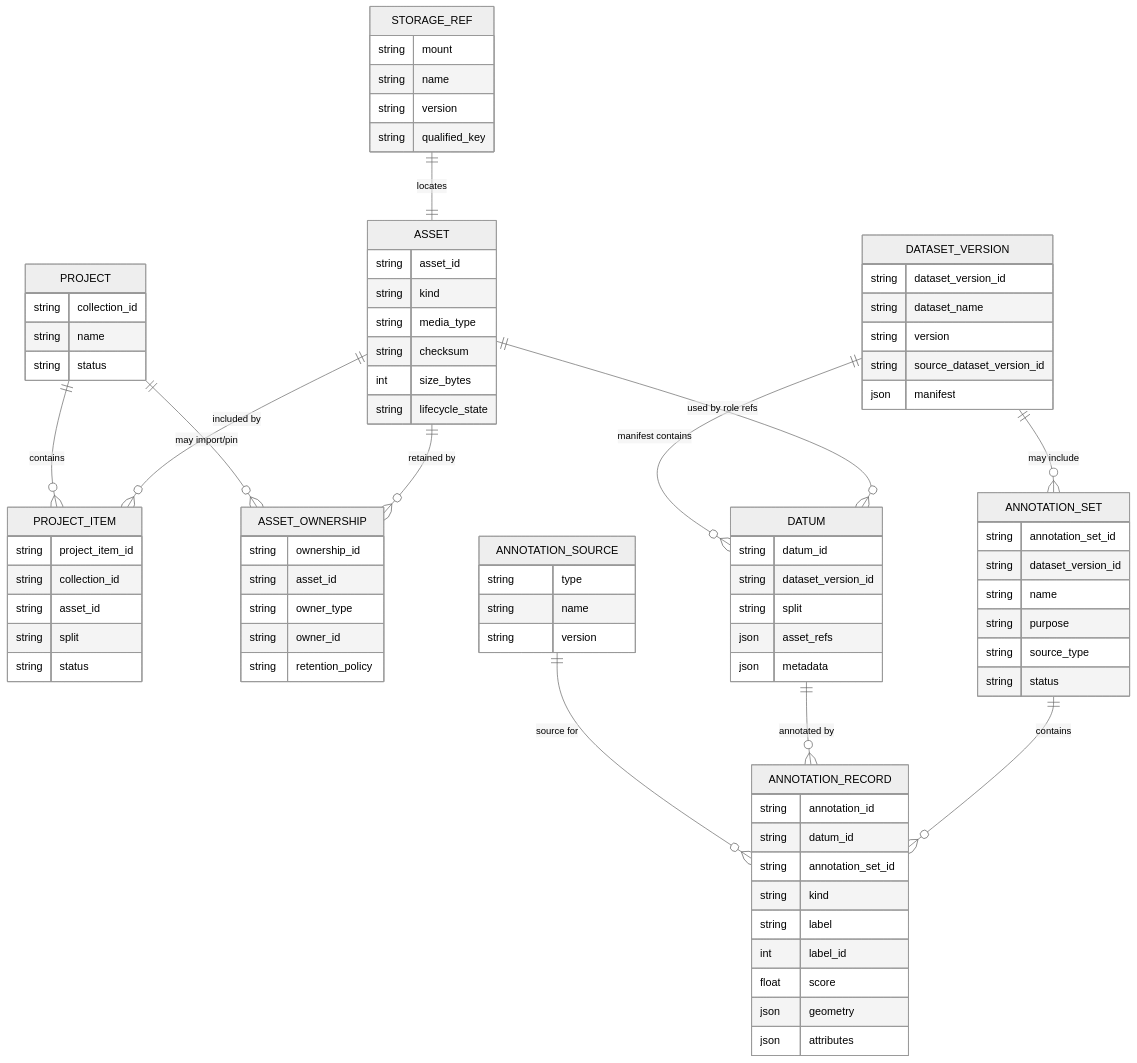
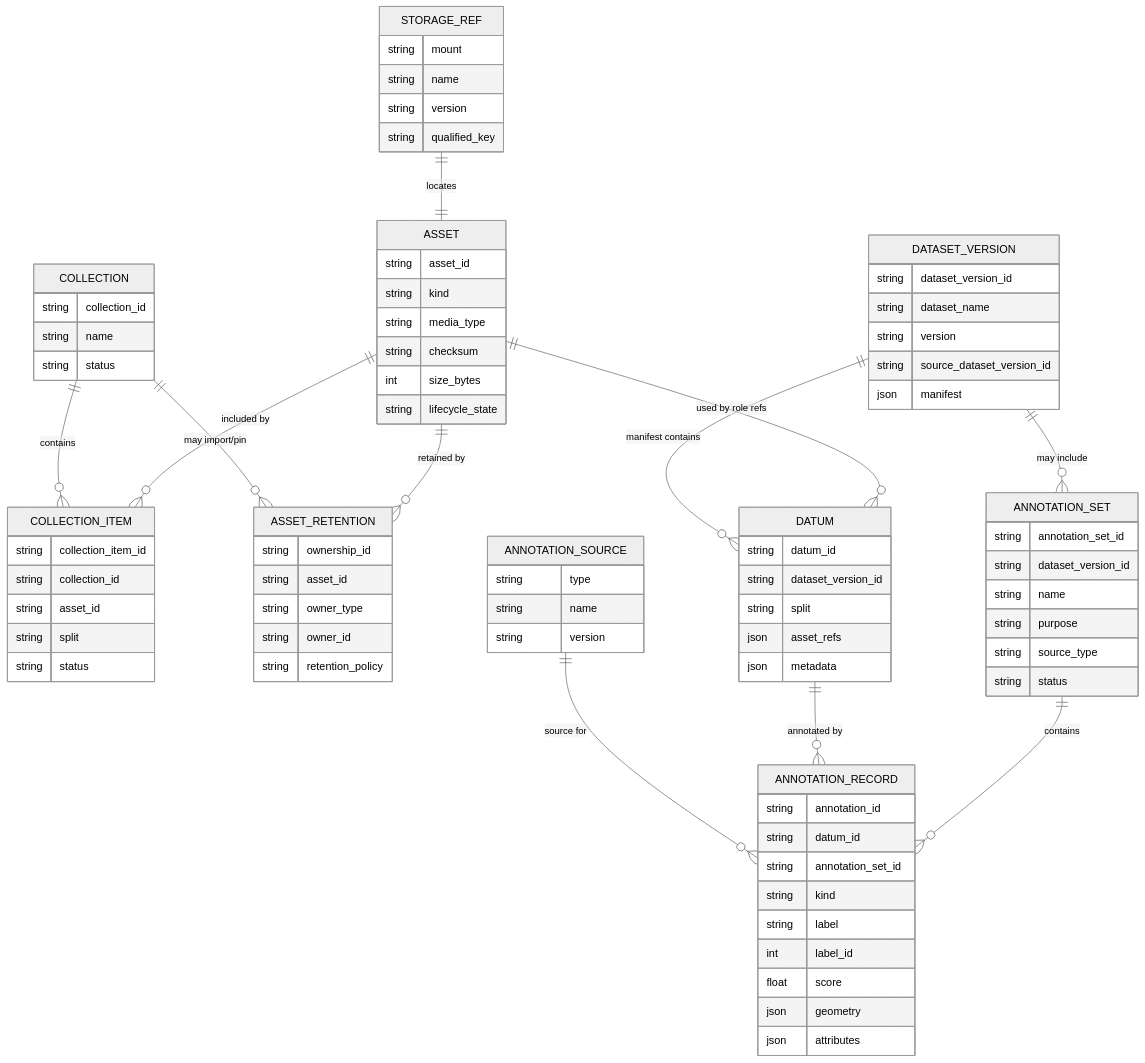
The seventh of 7 diagrams in docs/datalake-v3-proposal.md (Mindtrace/mindtrace), drawn with Mermaid (neutral theme) before and after one commit.

Commit message:
docs: update v3 entity diagram naming

````diff
--- a/docs/datalake-v3-proposal.md
+++ b/docs/datalake-v3-proposal.md
@@ -787,10 +787,10 @@
 ```mermaid
 erDiagram
     STORAGE_REF ||--|| ASSET : "locates"
-    ASSET ||--o{ PROJECT_ITEM : "included by"
-    PROJECT ||--o{ PROJECT_ITEM : "contains"
-    ASSET ||--o{ ASSET_OWNERSHIP : "retained by"
-    PROJECT ||--o{ ASSET_OWNERSHIP : "may import/pin"
+    ASSET ||--o{ COLLECTION_ITEM : "included by"
+    COLLECTION ||--o{ COLLECTION_ITEM : "contains"
+    ASSET ||--o{ ASSET_RETENTION : "retained by"
+    COLLECTION ||--o{ ASSET_RETENTION : "may import/pin"
     ASSET ||--o{ DATUM : "used by role refs"
     DATASET_VERSION ||--o{ DATUM : "manifest contains"
     DATASET_VERSION ||--o{ ANNOTATION_SET : "may include"
@@ -814,21 +814,21 @@
         string lifecycle_state
     }
 
-    PROJECT {
+    COLLECTION {
         string collection_id
         string name
         string status
     }
 
-    PROJECT_ITEM {
-        string project_item_id
+    COLLECTION_ITEM {
+        string collection_item_id
         string collection_id
         string asset_id
         string split
         string status
     }
 
-    ASSET_OWNERSHIP {
+    ASSET_RETENTION {
         string ownership_id
         string asset_id
         string owner_type
````
